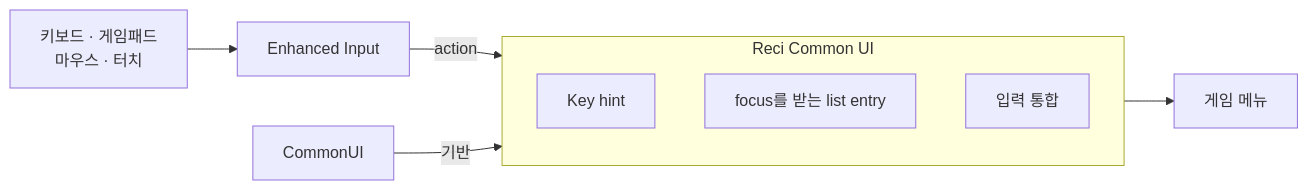
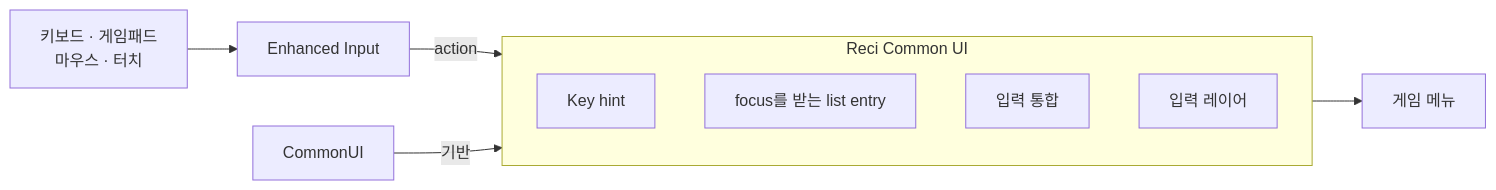
One commit to shjh3117/ReciCommonUI changed the diagram in README.ko.md. Above: the diagram before and after it, drawn with Mermaid. The commit also changed other lines of this file and 3 other files, not shown here.

````diff
--- a/README.ko.md
+++ b/README.ko.md
@@ -20,13 +25,14 @@
 ```mermaid
 flowchart LR
   Devices["키보드 · 게임패드<br/>마우스 · 터치"] --> EI["Enhanced Input"]
   EI -->|action| Reci
   CommonUI["CommonUI"] -->|기반| Reci
   subgraph Reci["Reci Common UI"]
     direction TB
     Hints["Key hint"]
     Lists["focus를 받는 list entry"]
     Input["입력 통합"]
+    Layer["입력 레이어"]
   end
   Reci --> Menus["게임 메뉴"]
 ```
````
